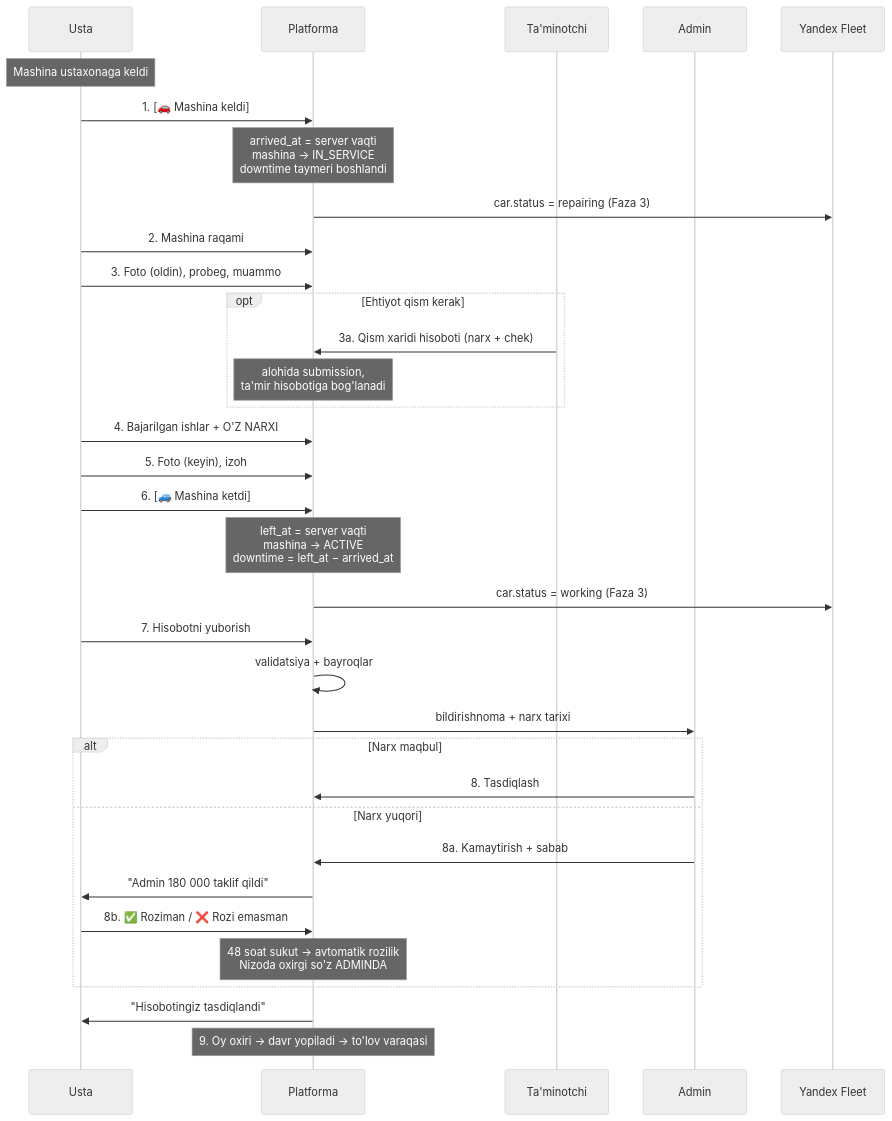
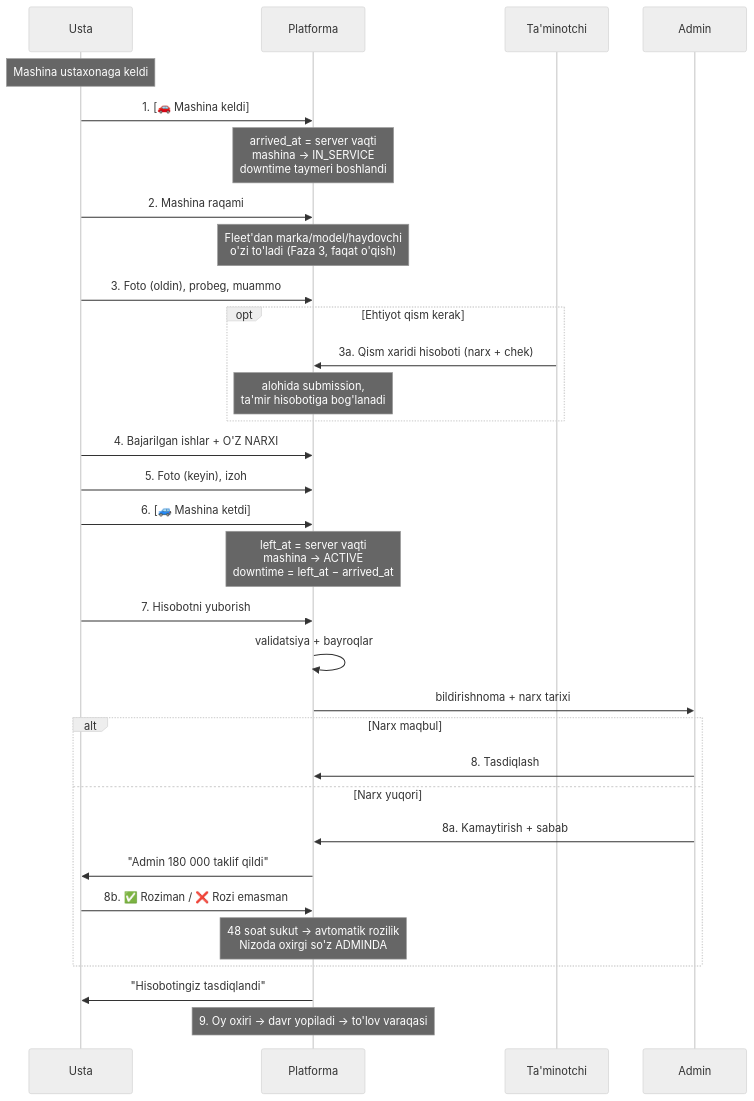
The diagram in docs/04-flows/01-repair-lifecycle.md (mcodevs/novacore_platform), drawn with Mermaid (neutral theme) before and after one commit. The commit also changed 25 other files, not shown here.

First line of the commit message:
Faza 3: Yandex Fleet — raqam bo'yicha mashina va haydovchi (faqat o'qish)

````diff
--- a/docs/04-flows/01-repair-lifecycle.md
+++ b/docs/04-flows/01-repair-lifecycle.md
@@ -7,43 +7,41 @@
 ```mermaid
 sequenceDiagram
     participant U as Usta
     participant P as Platforma
     participant T as Ta'minotchi
     participant A as Admin
-    participant F as Yandex Fleet
 
     Note over U: Mashina ustaxonaga keldi
     U->>P: 1. [🚗 Mashina keldi]
     Note over P: arrived_at = server vaqti<br/>mashina → IN_SERVICE<br/>downtime taymeri boshlandi
-    P->>F: car.status = repairing (Faza 3)
 
     U->>P: 2. Mashina raqami
+    Note over P: Fleet'dan marka/model/haydovchi<br/>o'zi to'ladi (Faza 3, faqat o'qish)
     U->>P: 3. Foto (oldin), probeg, muammo
 
     opt Ehtiyot qism kerak
         T->>P: 3a. Qism xaridi hisoboti (narx + chek)
         Note over P: alohida submission,<br/>ta'mir hisobotiga bog'lanadi
     end
 
     U->>P: 4. Bajarilgan ishlar + O'Z NARXI
     U->>P: 5. Foto (keyin), izoh
     U->>P: 6. [🚙 Mashina ketdi]
     Note over P: left_at = server vaqti<br/>mashina → ACTIVE<br/>downtime = left_at − arrived_at
-    P->>F: car.status = working (Faza 3)
 
     U->>P: 7. Hisobotni yuborish
     P->>P: validatsiya + bayroqlar
     P->>A: bildirishnoma + narx tarixi
 
     alt Narx maqbul
         A->>P: 8. Tasdiqlash
     else Narx yuqori
         A->>P: 8a. Kamaytirish + sabab
         P->>U: "Admin 180 000 taklif qildi"
         U->>P: 8b. ✅ Roziman / ❌ Rozi emasman
         Note over P: 48 soat sukut → avtomatik rozilik<br/>Nizoda oxirgi so'z ADMINDA
     end
     P->>U: "Hisobotingiz tasdiqlandi"
 
     Note over P: 9. Oy oxiri → davr yopiladi → to'lov varaqasi
 ```
````
